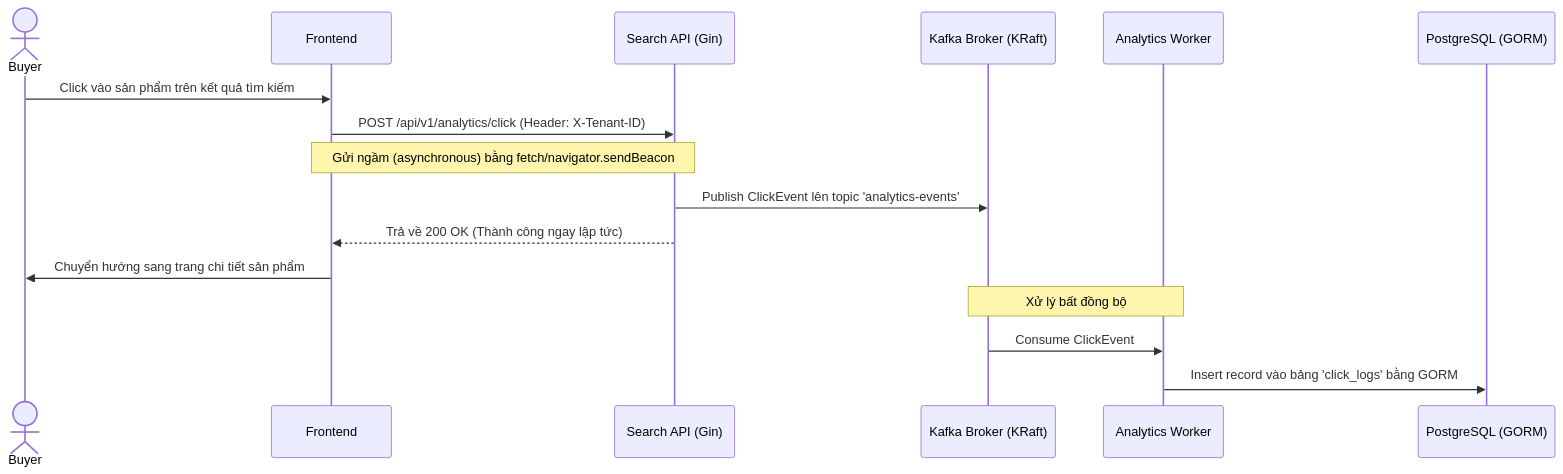
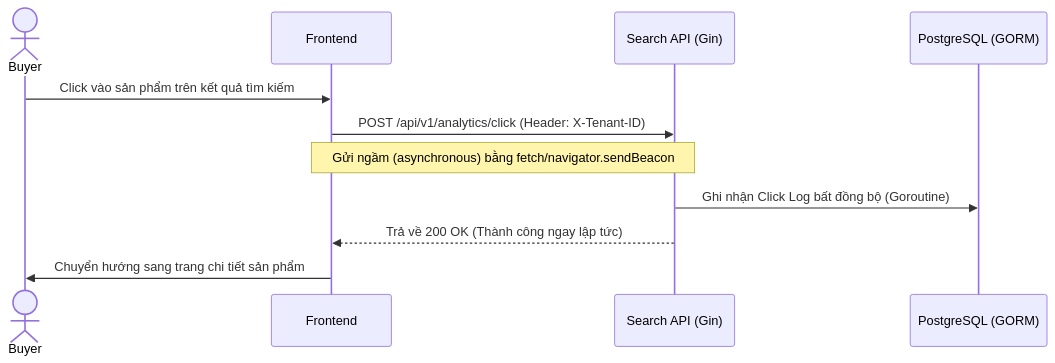
The diagram in ba/user-stories/US-008-Click-Tracking.md (PhamHao1412/search-engine), drawn with Mermaid before and after one commit. The commit also changed other lines of this file and 21 other files, not shown here.

Commit message:
[main/day3]feat: implement click tracking (us-008) and enhance search log in Search Product

````diff
--- a/ba/user-stories/US-008-Click-Tracking.md
+++ b/ba/user-stories/US-008-Click-Tracking.md
@@ -50,19 +50,14 @@
 ```mermaid
 sequenceDiagram
 actor Buyer
 participant FE as Frontend
 participant SearchAPI as Search API (Gin)
-participant Broker as Kafka Broker (KRaft)
-participant Worker as Analytics Worker
 participant DB as PostgreSQL (GORM)
 
 Buyer->>FE: Click vào sản phẩm trên kết quả tìm kiếm
 FE->>SearchAPI: POST /api/v1/analytics/click (Header: X-Tenant-ID)
 Note over FE,SearchAPI: Gửi ngầm (asynchronous) bằng fetch/navigator.sendBeacon
-SearchAPI->>Broker: Publish ClickEvent lên topic 'analytics-events'
+SearchAPI->>DB: Ghi nhận Click Log bất đồng bộ (Goroutine)
 SearchAPI-->>FE: Trả về 200 OK (Thành công ngay lập tức)
 FE->>Buyer: Chuyển hướng sang trang chi tiết sản phẩm
-Note over Broker,Worker: Xử lý bất đồng bộ
-Broker->>Worker: Consume ClickEvent
-Worker->>DB: Insert record vào bảng 'click_logs' bằng GORM
 ```
````
